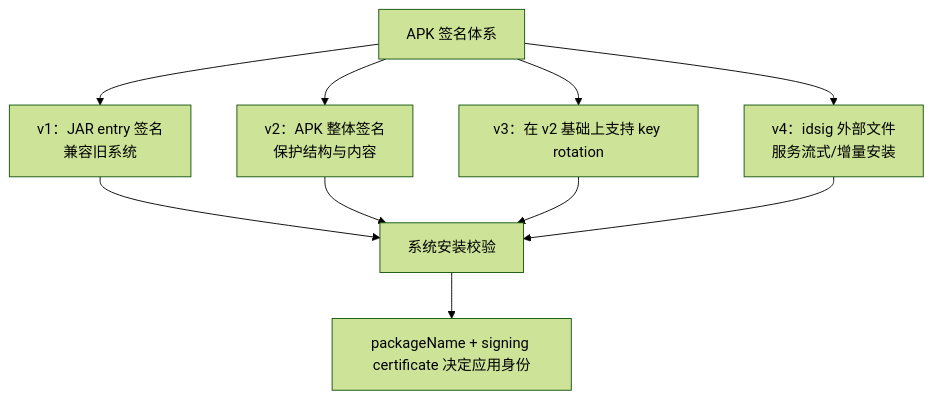
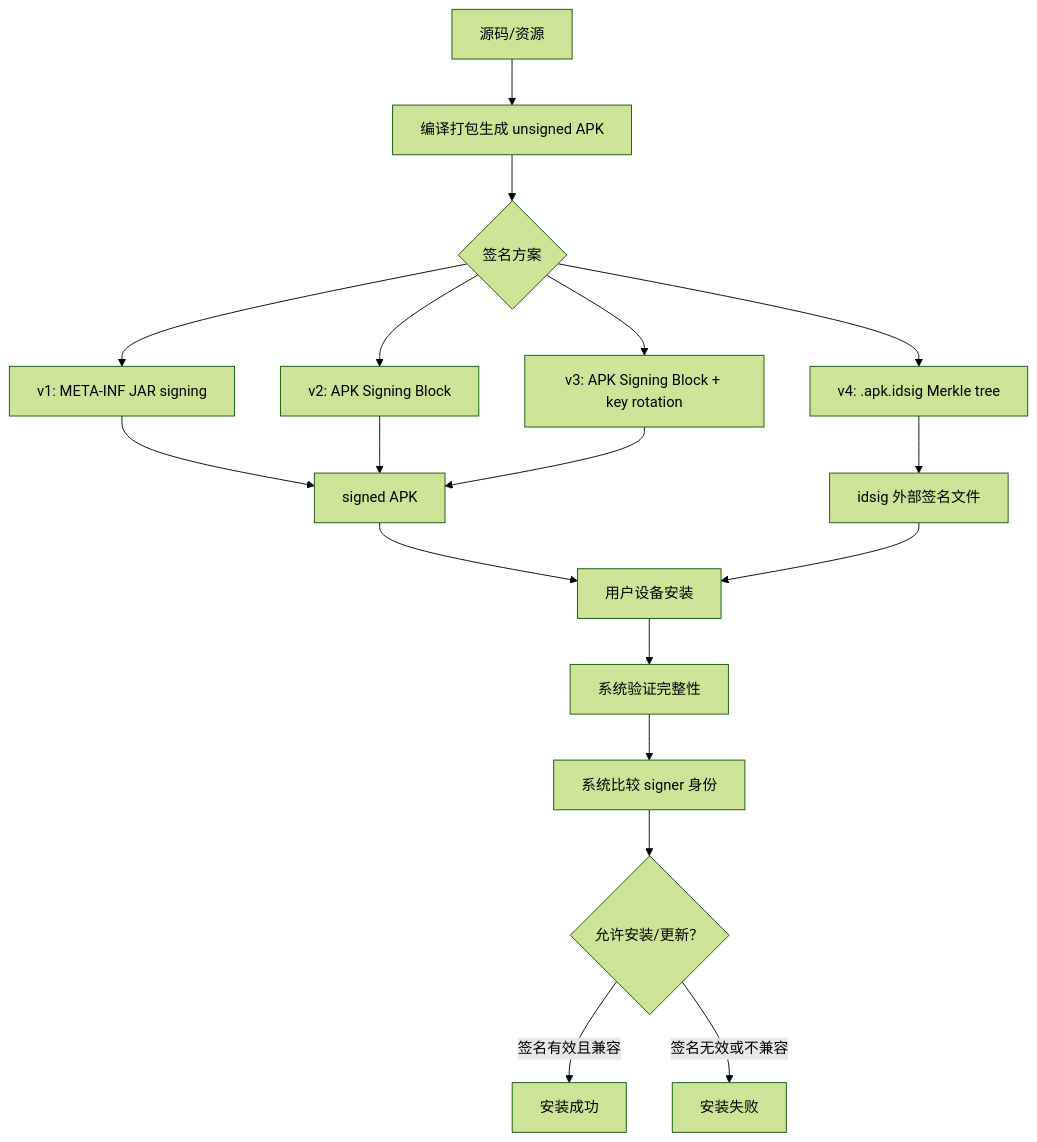
One commit to junyingzhao001/StudyNotes changed diagram 11 of 11 in android插件相关/签名详解.md. Above: the diagram before and after it, drawn with Mermaid (forest theme). The commit also changed other lines of this file and 3 other files, not shown here.

````diff
--- a/android插件相关/签名详解.md
+++ b/android插件相关/签名详解.md
@@ -1064,15 +1062,20 @@
 ```mermaid
-flowchart TB
-  APK["APK 签名体系"] --> V1["v1：JAR entry 签名
-兼容旧系统"]
-  APK --> V2["v2：APK 整体签名
-保护结构与内容"]
-  APK --> V3["v3：在 v2 基础上支持 key rotation"]
-  APK --> V4["v4：idsig 外部文件
-服务流式/增量安装"]
-  V1 --> Install["系统安装校验"]
-  V2 --> Install
-  V3 --> Install
-  V4 --> Install
-  Install --> Identity["packageName + signing certificate 决定应用身份"]
+flowchart TD
+    A["源码/资源"] --> B["编译打包生成 unsigned APK"]
+    B --> C{"签名方案"}
+    C --> D["v1: META-INF JAR signing"]
+    C --> E["v2: APK Signing Block"]
+    C --> F["v3: APK Signing Block + key rotation"]
+    C --> G["v4: .apk.idsig Merkle tree"]
+    D --> H["signed APK"]
+    E --> H
+    F --> H
+    G --> I["idsig 外部签名文件"]
+    H --> J["用户设备安装"]
+    I --> J
+    J --> K["系统验证完整性"]
+    K --> L["系统比较 signer 身份"]
+    L --> M{"允许安装/更新？"}
+    M -->|"签名有效且兼容"| N["安装成功"]
+    M -->|"签名无效或不兼容"| O["安装失败"]
 ```
````
